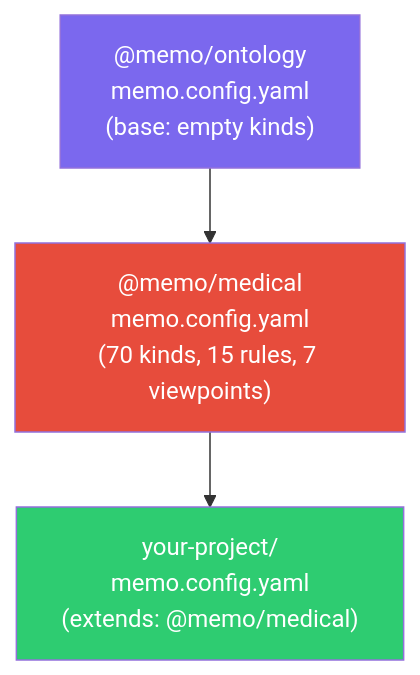
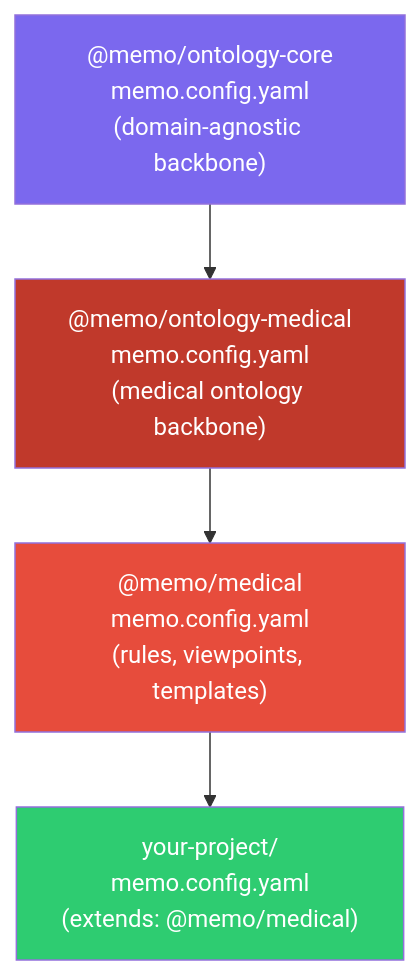
The diagram in docs/design/configuration.md (memoarchitect/memo-architect), drawn with Mermaid before and after one commit. The commit also changed 6 other files, not shown here.

Commit message:
Layer medical config on ontology medical

````diff
--- a/docs/design/configuration.md
+++ b/docs/design/configuration.md
@@ -7,9 +7,11 @@
 ```mermaid
 graph TD
-    Ontology["@memo/ontology<br/>memo.config.yaml<br/>(base: empty kinds)"] --> Medical["@memo/medical<br/>memo.config.yaml<br/>(70 kinds, 15 rules, 7 viewpoints)"]
+    Core["@memo/ontology-core<br/>memo.config.yaml<br/>(domain-agnostic backbone)"] --> MedicalOntology["@memo/ontology-medical<br/>memo.config.yaml<br/>(medical ontology backbone)"]
+    MedicalOntology --> Medical["@memo/medical<br/>memo.config.yaml<br/>(rules, viewpoints, templates)"]
     Medical --> Project["your-project/<br/>memo.config.yaml<br/>(extends: @memo/medical)"]
 
-    style Ontology fill:#7B68EE,color:#fff
+    style Core fill:#7B68EE,color:#fff
+    style MedicalOntology fill:#C0392B,color:#fff
     style Medical fill:#E74C3C,color:#fff
     style Project fill:#2ECC71,color:#fff
 ```
````
